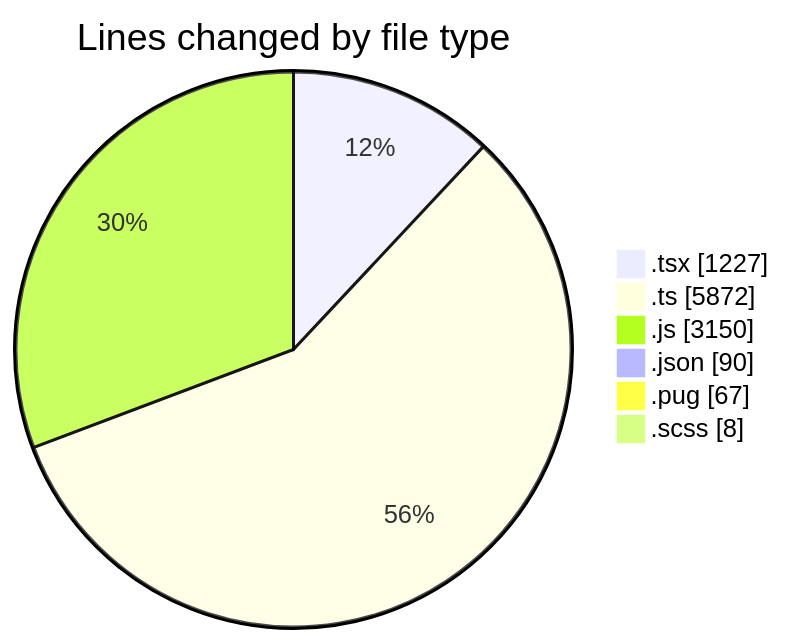
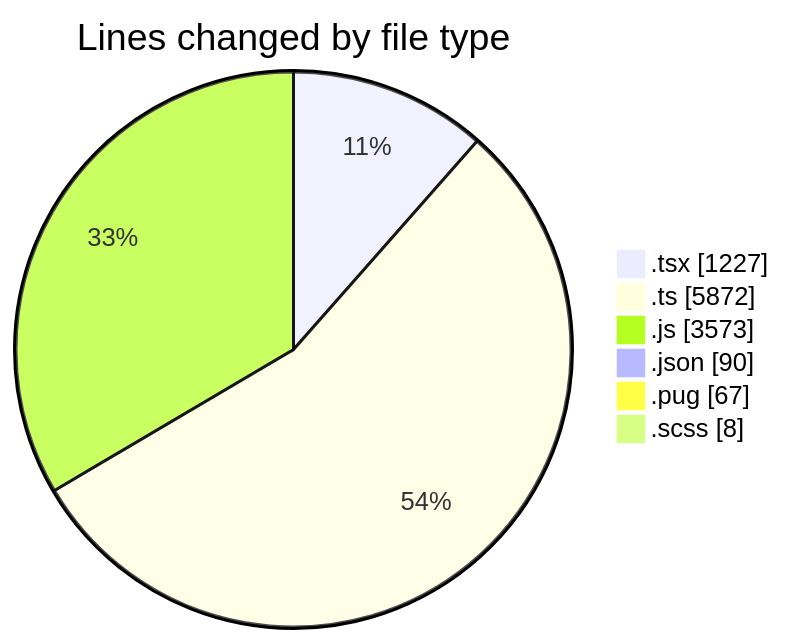
The first of 2 diagrams in 2025-03-24/cda/README.md (momahboobian/code-tracking), drawn with Mermaid before and after one commit. The commit also changed other lines of this file and 1 other file, not shown here.

````diff
--- a/2025-03-24/cda/README.md
+++ b/2025-03-24/cda/README.md
@@ -41,10 +41,10 @@
 ```mermaid
 pie showData
 title Lines changed by file type
 ".tsx" : 1227
 ".ts" : 5872
-".js" : 3150
+".js" : 3573
 ".json" : 90
 ".pug" : 67
 ".scss" : 8
 ```
````
